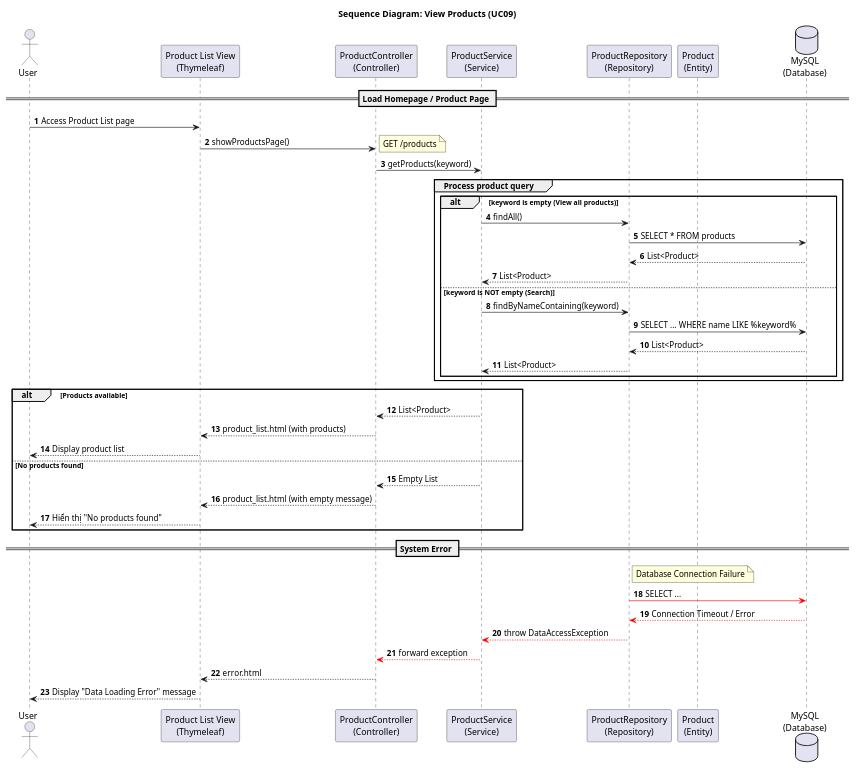
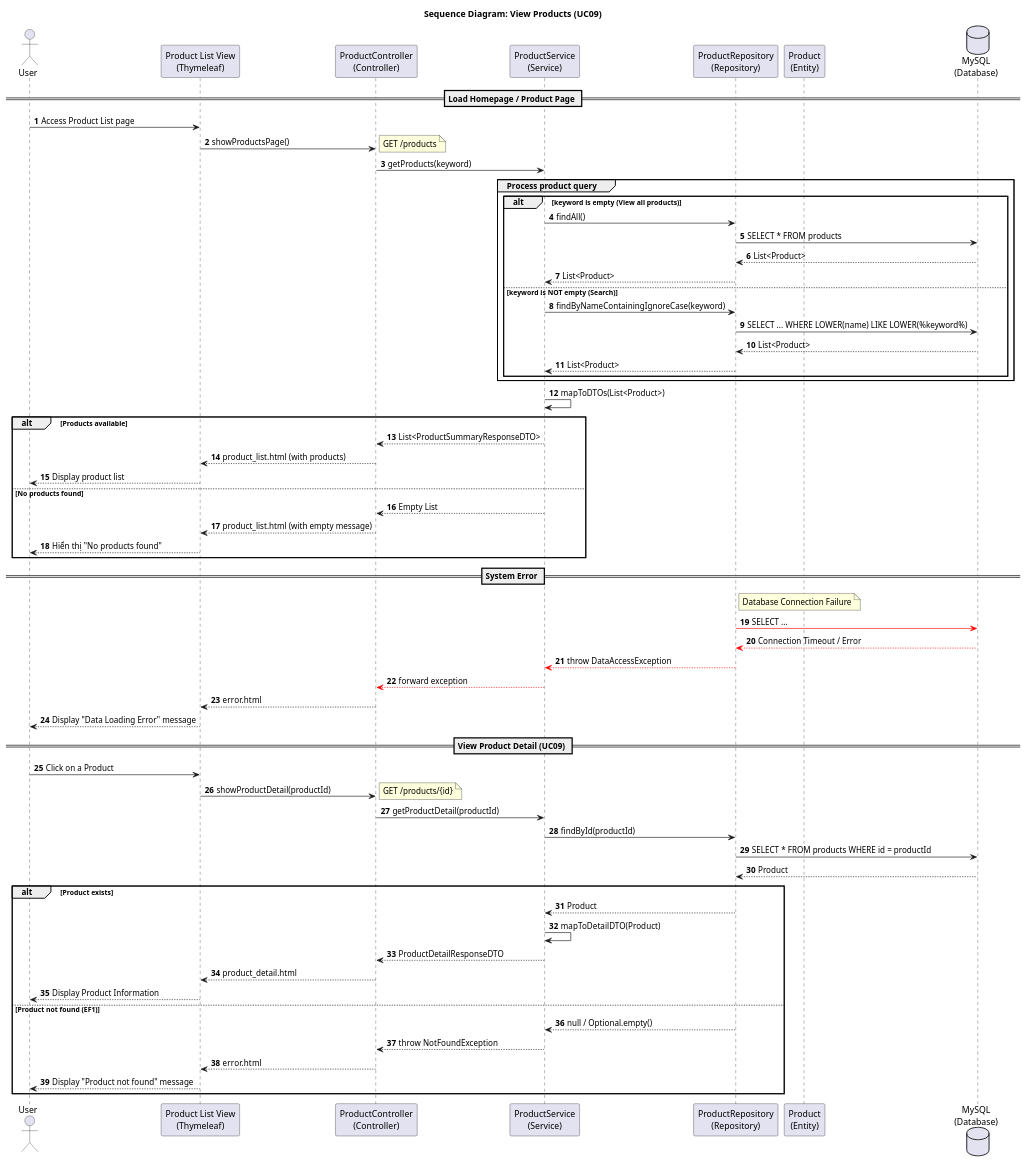
Before and after one commit to Peterdir/fashion-store-system: the diagram in src/main/java/org/example/fashionstoresystem/uml/Sequence/SD09_ViewProducts.puml, drawn with PlantUML. The commit also changed 28 other files, not shown here.

```diff
--- a/src/main/java/org/example/fashionstoresystem/uml/Sequence/SD09_ViewProducts.puml
+++ b/src/main/java/org/example/fashionstoresystem/uml/Sequence/SD09_ViewProducts.puml
@@ -1,52 +1,76 @@
 @startuml
 title Sequence Diagram: View Products (UC09)
 
 autonumber
 actor User
 participant "Product List View\n(Thymeleaf)" as View
 participant "ProductController\n(Controller)" as Controller
 participant "ProductService\n(Service)" as Service
 participant "ProductRepository\n(Repository)" as Repository
 participant "Product\n(Entity)" as Entity
 database "MySQL\n(Database)" as DB
 
 == Load Homepage / Product Page ==
 User -> View : Access Product List page
 View -> Controller : showProductsPage()
 note right: GET /products
 Controller -> Service : getProducts(keyword)
 
 group Process product query
     alt keyword is empty (View all products)
         Service -> Repository : findAll()
         Repository -> DB : SELECT * FROM products
         DB --> Repository : List<Product>
         Repository --> Service : List<Product>
     else keyword is NOT empty (Search)
-        Service -> Repository : findByNameContaining(keyword)
-        Repository -> DB : SELECT ... WHERE name LIKE %keyword%
+        Service -> Repository : findByNameContainingIgnoreCase(keyword)
+        Repository -> DB : SELECT ... WHERE LOWER(name) LIKE LOWER(%keyword%)
         DB --> Repository : List<Product>
         Repository --> Service : List<Product>
     end
 end
 
+Service -> Service : mapToDTOs(List<Product>)
+
 alt Products available
-    Service --> Controller : List<Product>
+    Service --> Controller : List<ProductSummaryResponseDTO>
     Controller --> View : product_list.html (with products)
     View --> User : Display product list
 else No products found
     Service --> Controller : Empty List
     Controller --> View : product_list.html (with empty message)
     View --> User : Hiển thị "No products found"
 end
 
 == System Error ==
 note right of Repository: Database Connection Failure
 Repository -[#red]> DB : SELECT ...
 DB --[#red]> Repository : Connection Timeout / Error
 Repository --[#red]> Service : throw DataAccessException
 Service --[#red]> Controller : forward exception
 Controller --> View : error.html
 View --> User : Display "Data Loading Error" message
+== View Product Detail (UC09) ==
+User -> View : Click on a Product
+View -> Controller : showProductDetail(productId)
+note right: GET /products/{id}
+Controller -> Service : getProductDetail(productId)
+
+Service -> Repository : findById(productId)
+Repository -> DB : SELECT * FROM products WHERE id = productId
+DB --> Repository : Product
+
+alt Product exists
+    Repository --> Service : Product
+    Service -> Service : mapToDetailDTO(Product)
+    Service --> Controller : ProductDetailResponseDTO
+    Controller --> View : product_detail.html
+    View --> User : Display Product Information
+else Product not found (EF1)
+    Repository --> Service : null / Optional.empty()
+    Service --> Controller : throw NotFoundException
+    Controller --> View : error.html
+    View --> User : Display "Product not found" message
+end
 
 @enduml
```
